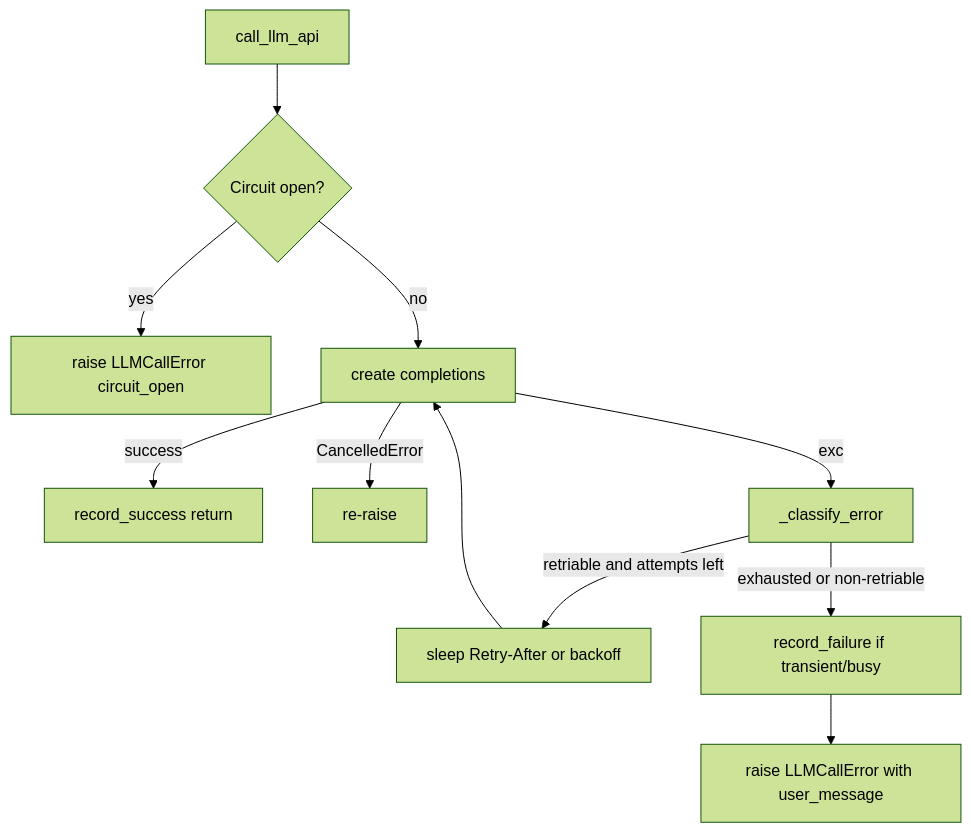
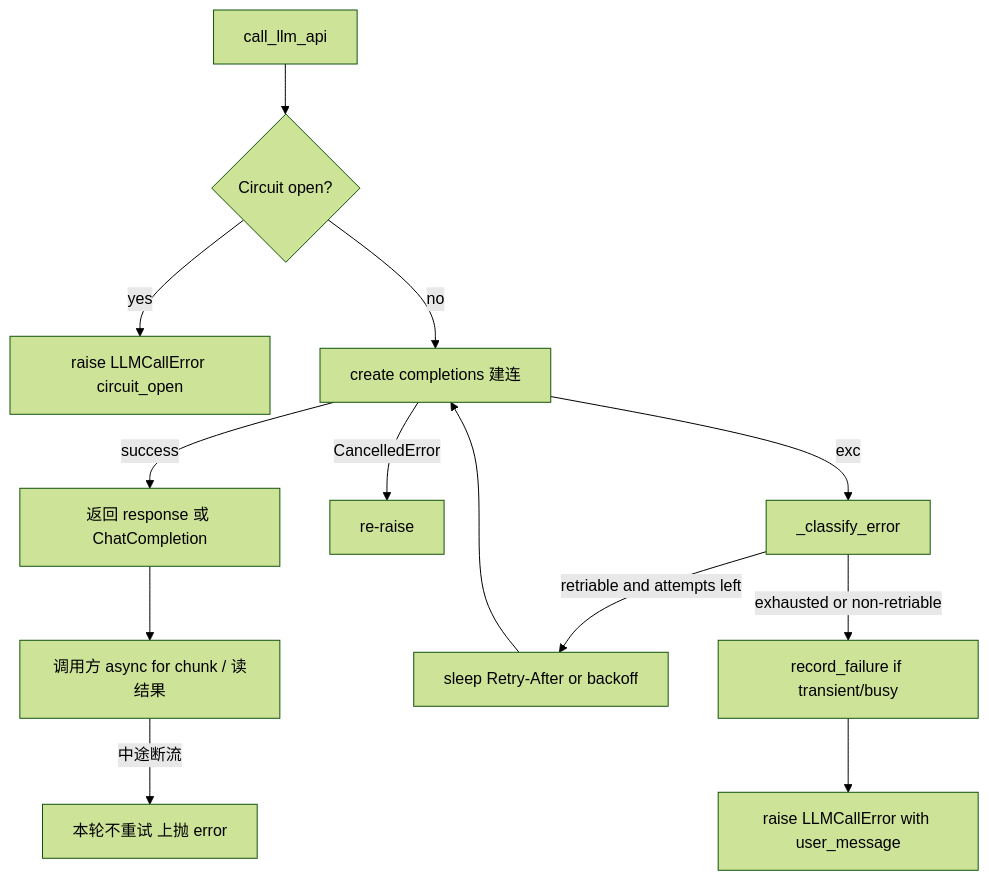
Before and after one commit to wuhonglei/chat-agent: the diagram in .cursor/plans/llm_重试与熔断_f9f92ede.plan.md, drawn with Mermaid (forest theme). The commit also changed other lines of this file, not shown here.

````diff
--- a/.cursor/plans/llm_重试与熔断_f9f92ede.plan.md
+++ b/.cursor/plans/llm_重试与熔断_f9f92ede.plan.md
@@ -33,13 +50,15 @@
 ```mermaid
 flowchart TD
   call[call_llm_api] --> cb{Circuit open?}
   cb -->|yes| failFast[raise LLMCallError circuit_open]
-  cb -->|no| attempt[create completions]
-  attempt -->|success| ok[record_success return]
+  cb -->|no| attempt["create completions 建连"]
+  attempt -->|success| returnStream[返回 response 或 ChatCompletion]
+  returnStream --> consumer["调用方 async for chunk / 读结果"]
+  consumer -->|中途断流| noRetry[本轮不重试 上抛 error]
   attempt -->|CancelledError| reRaise[re-raise]
   attempt -->|exc| classify[_classify_error]
   classify -->|retriable and attempts left| wait[sleep Retry-After or backoff]
   wait --> attempt
   classify -->|exhausted or non-retriable| recordFail[record_failure if transient/busy]
   recordFail --> raiseFriendly[raise LLMCallError with user_message]
 ```
````
